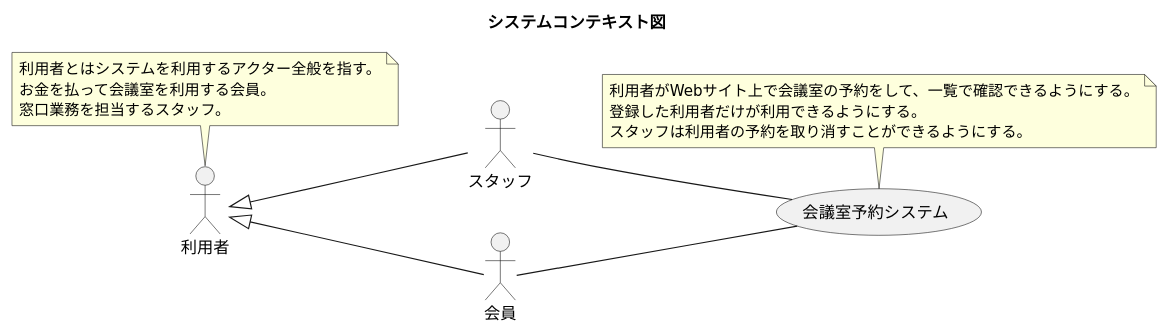
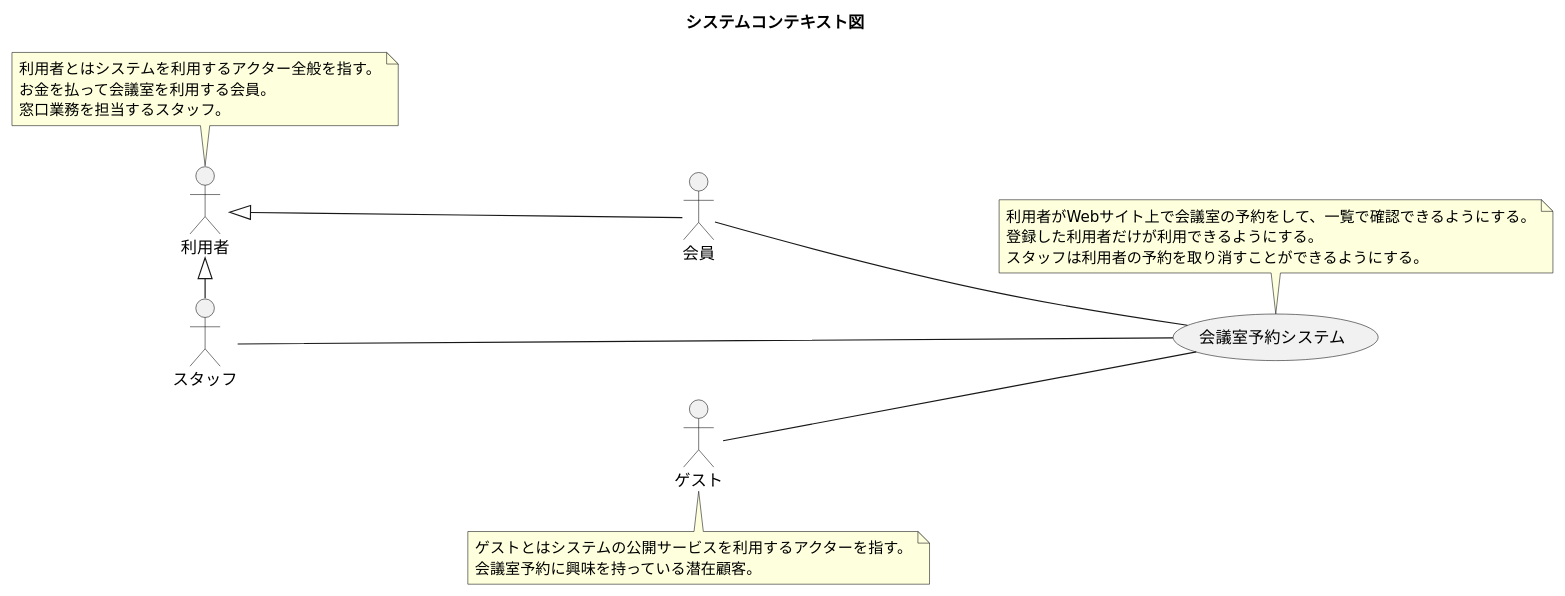
One commit to k2works/case-study-mrs changed the first of 31 diagrams in docs/index.adoc. Above: the diagram before and after it, drawn with PlantUML. The commit also changed other lines of this file and 24 other files, not shown here.

```diff
--- a/docs/index.adoc
+++ b/docs/index.adoc
@@ -46,32 +46,39 @@
 [plantuml]
 ----
 @startuml
 
 title システムコンテキスト図
 
 left to right direction
 
 actor 利用者 as ac_01
 actor スタッフ as ac_02
 actor 会員 as ac_03
+actor ゲスト as ac_04
 ac_01 <|- ac_02
 ac_01 <|-- ac_03
 
 note top of ac_01
   利用者とはシステムを利用するアクター全般を指す。
   お金を払って会議室を利用する会員。
   窓口業務を担当するスタッフ。
+end note
+
+note bottom of ac_04
+    ゲストとはシステムの公開サービスを利用するアクターを指す。
+    会議室予約に興味を持っている潜在顧客。
 end note
 
 usecase 会議室予約システム as uc_01
 note top of uc_01
   利用者がWebサイト上で会議室の予約をして、一覧で確認できるようにする。
   登録した利用者だけが利用できるようにする。
   スタッフは利用者の予約を取り消すことができるようにする。
 end note
 
 ac_02 -- (uc_01)
 ac_03 -- (uc_01)
+ac_04 -- (uc_01)
 
 @enduml
 ----
```
